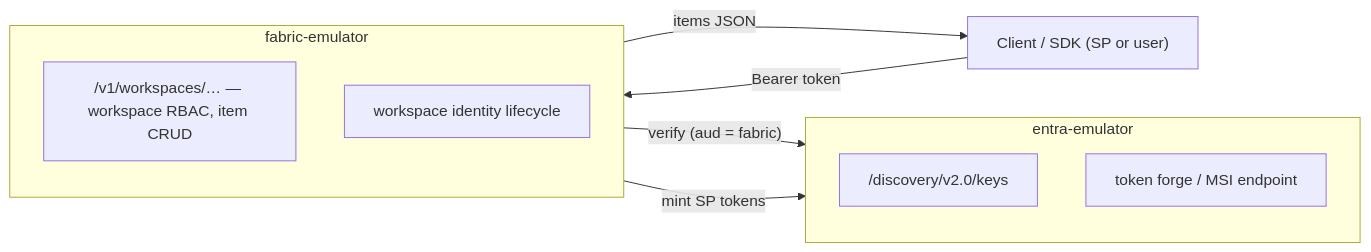
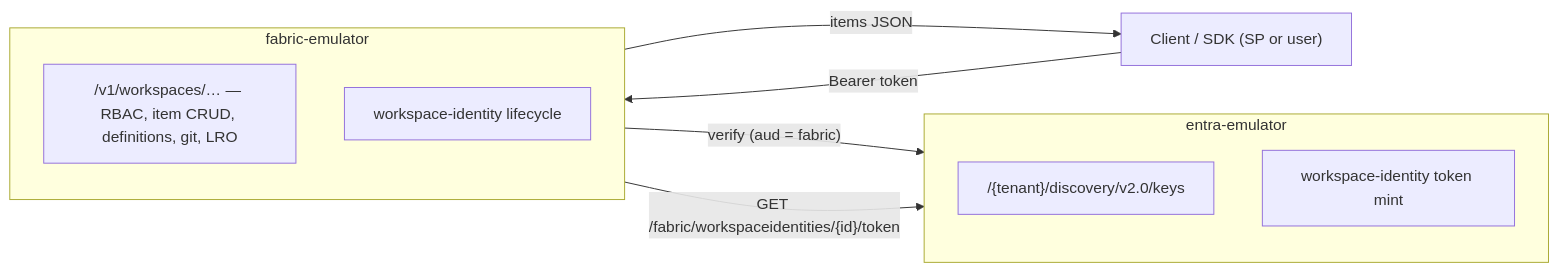
Before and after one commit to calvinchengx/entra-emulator: the diagram in docs/18-fabric-companion.md, drawn with Mermaid. The commit also changed other lines of this file and 1 other file, not shown here.

First line of the commit message:
docs: fabric companion is no longer a sketch — point at the fabric-emulator repo

````diff
--- a/docs/18-fabric-companion.md
+++ b/docs/18-fabric-companion.md
@@ -26,18 +29,18 @@
 ```mermaid
 flowchart LR
     Client["Client / SDK (SP or user)"]
     subgraph fab["fabric-emulator"]
         direction TB
-        API["/v1/workspaces/… — workspace RBAC, item CRUD"]
-        Ident["workspace identity lifecycle"]
+        API["/v1/workspaces/… — RBAC, item CRUD, definitions, git, LRO"]
+        Ident["workspace-identity lifecycle"]
     end
     subgraph entra["entra-emulator"]
         direction TB
-        JWKS["/discovery/v2.0/keys"]
-        Forge["token forge / MSI endpoint"]
+        JWKS["/{tenant}/discovery/v2.0/keys"]
+        Forge["workspace-identity token mint"]
     end
     Client -->|"Bearer token"| API
     API -->|"items JSON"| Client
     API -->|"verify (aud = fabric)"| JWKS
-    Ident -->|"mint SP tokens"| Forge
+    Ident -->|"GET /fabric/workspaceidentities/{id}/token"| Forge
 ```
````
